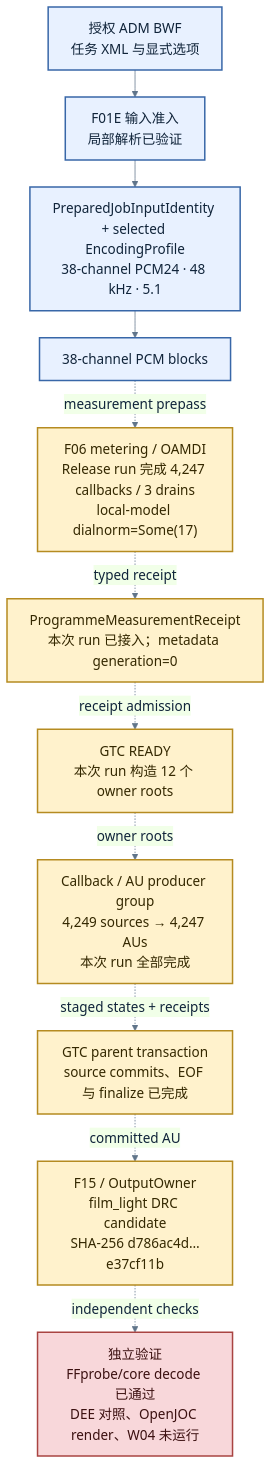
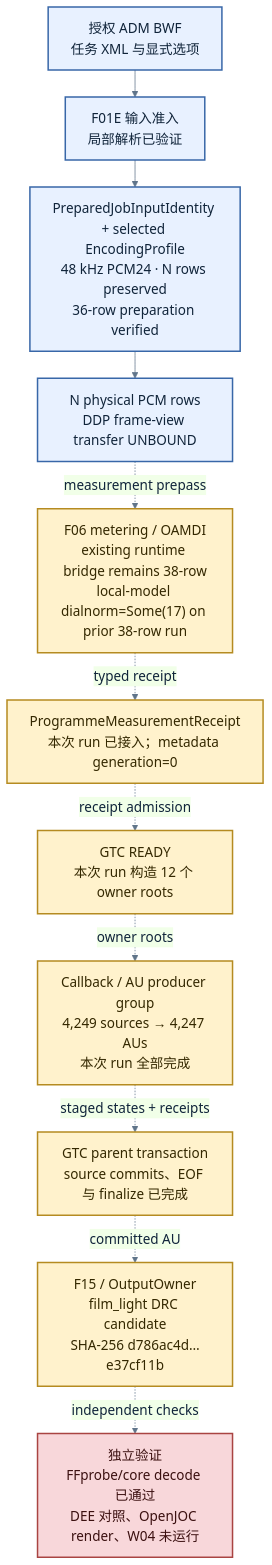
Before and after one commit to chyinan/JOCForge: the diagram in docs/architecture/adm-to-eac3joc-chain-status.md, drawn with Mermaid. The commit also changed other lines of this file and 28 other files, not shown here.

Commit message:
feat(input): preserve variable ADM rows through preparation

````diff
--- a/docs/architecture/adm-to-eac3joc-chain-status.md
+++ b/docs/architecture/adm-to-eac3joc-chain-status.md
@@ -201,31 +217,31 @@
 ```mermaid
 %%{init: {"theme": "base", "themeVariables": {"fontFamily": "Segoe UI, Microsoft YaHei, sans-serif", "fontSize": "18px", "primaryColor": "#e8f1ff", "primaryTextColor": "#10243a", "lineColor": "#60758a"}, "flowchart": {"nodeSpacing": 28, "rankSpacing": 36, "htmlLabels": true}}}%%
 flowchart TB
   INPUT["授权 ADM BWF<br/>任务 XML 与显式选项"]
   ADMIT["F01E 输入准入<br/>局部解析已验证"]
-  PROFILE["PreparedJobInputIdentity + selected EncodingProfile<br/>38-channel PCM24 · 48 kHz · 5.1"]
-  PCM["38-channel PCM blocks"]
-  METER["F06 metering / OAMDI<br/>Release run 完成 4,247 callbacks / 3 drains<br/>local-model dialnorm=Some(17)"]
+  PROFILE["PreparedJobInputIdentity + selected EncodingProfile<br/>48 kHz PCM24 · N rows preserved<br/>36-row preparation verified"]
+  PCM["N physical PCM rows<br/>DDP frame-view transfer UNBOUND"]
+  METER["F06 metering / OAMDI<br/>existing runtime bridge remains 38-row<br/>local-model dialnorm=Some(17) on prior 38-row run"]
   MEASUREMENT["ProgrammeMeasurementReceipt<br/>本次 run 已接入；metadata generation=0"]
   READY["GTC READY<br/>本次 run 构造 12 个 owner roots"]
   PRODUCERS["Callback / AU producer group<br/>4,249 sources → 4,247 AUs<br/>本次 run 全部完成"]
   TRANSACTION["GTC parent transaction<br/>source commits、EOF 与 finalize 已完成"]
   OUTPUT["F15 / OutputOwner<br/>film_light DRC candidate<br/>SHA-256 d786ac4d…e37cf11b"]
   VALIDATE["独立验证<br/>FFprobe/core decode 已通过<br/>DEE 对照、OpenJOC render、W04 未运行"]
 
   INPUT --> ADMIT --> PROFILE --> PCM
   PCM -. "measurement prepass" .-> METER
   METER -. "typed receipt" .-> MEASUREMENT
   MEASUREMENT -. "receipt admission" .-> READY
   READY -. "owner roots" .-> PRODUCERS
   PRODUCERS -. "staged states + receipts" .-> TRANSACTION
   TRANSACTION -. "committed AU" .-> OUTPUT
   OUTPUT -. "independent checks" .-> VALIDATE
 
   classDef contract fill:#e8f1ff,stroke:#3867a8,color:#10243a,stroke-width:2px;
   classDef partial fill:#fff2cc,stroke:#b58b21,color:#342800,stroke-width:2px;
   classDef missing fill:#f8d7da,stroke:#a94442,color:#3b1010,stroke-width:2px;
   class INPUT,ADMIT,PROFILE,PCM contract;
   class METER,MEASUREMENT,READY,PRODUCERS,TRANSACTION,OUTPUT partial;
   class VALIDATE missing;
 ```
````
